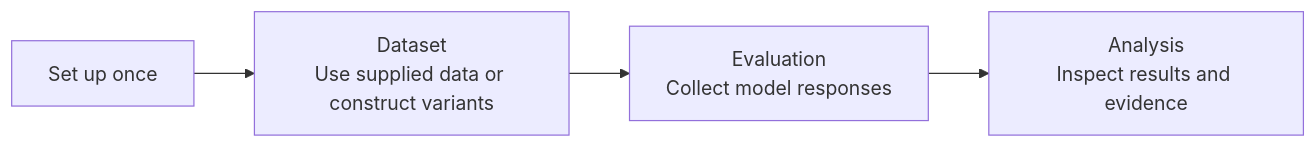
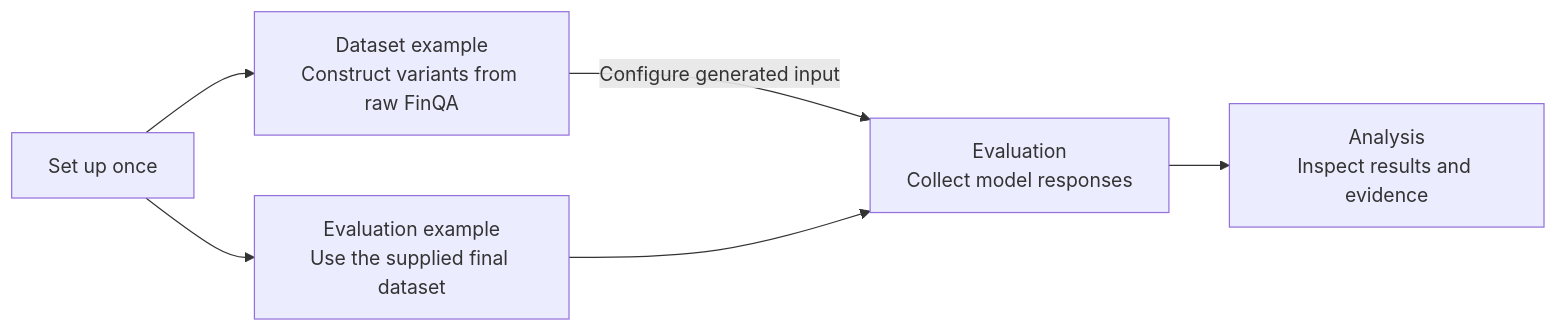
One commit to pnu-clink/finject changed the diagram in README.md. Above: the diagram before and after it, drawn with Mermaid. The commit also changed other lines of this file and 49 other files, not shown here.

First line of the commit message:
Add validated adapter generation and FinQA reviewer example

````diff
--- a/README.md
+++ b/README.md
@@ -19,6 +19,8 @@
 ```mermaid
 flowchart LR
-    P["Set up once"] --> D["Dataset<br/>Use supplied data or construct variants"]
-    D --> E["Evaluation<br/>Collect model responses"]
+    P["Set up once"] --> D["Dataset example<br/>Construct variants from raw FinQA"]
+    P --> R["Evaluation example<br/>Use the supplied final dataset"]
+    D -->|Configure generated input| E["Evaluation<br/>Collect model responses"]
+    R --> E
     E --> A["Analysis<br/>Inspect results and evidence"]
 ```
````
